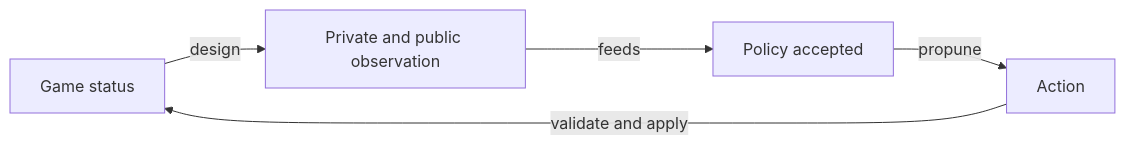
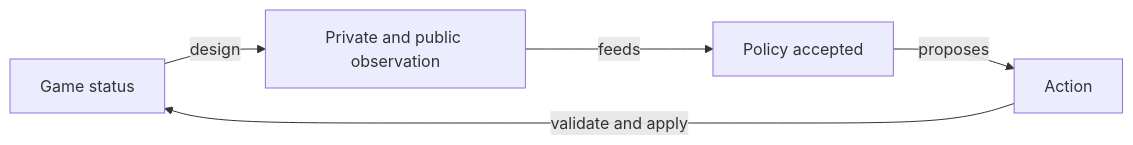
One commit to crististefanita/atf_j4 changed the first of 2 diagrams in docs/ai/README.md. Above: the diagram before and after it, drawn with Mermaid. The commit also changed other lines of this file and 126 other files, not shown here.

````diff
--- a/docs/ai/README.md
+++ b/docs/ai/README.md
@@ -21,7 +21,7 @@
 ```mermaid
 flowchart LR
     STATE[Game status] -->|design| OBS[Private and public observation]
     OBS -->|feeds| POLICY[Policy accepted]
-    POLICY -->|propune| ACTION[Action]
+    POLICY -->|proposes| ACTION[Action]
     ACTION -->|validate and apply| STATE
 ```
````
